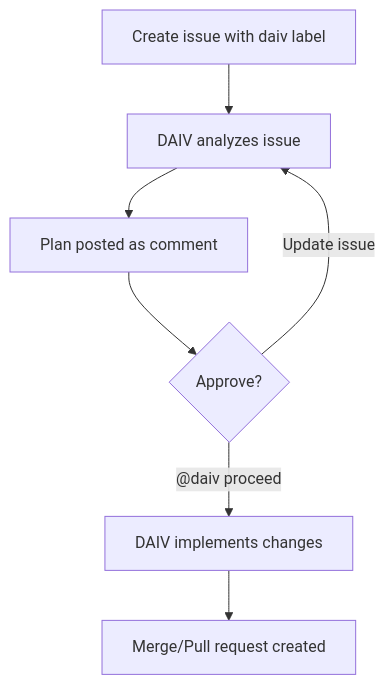
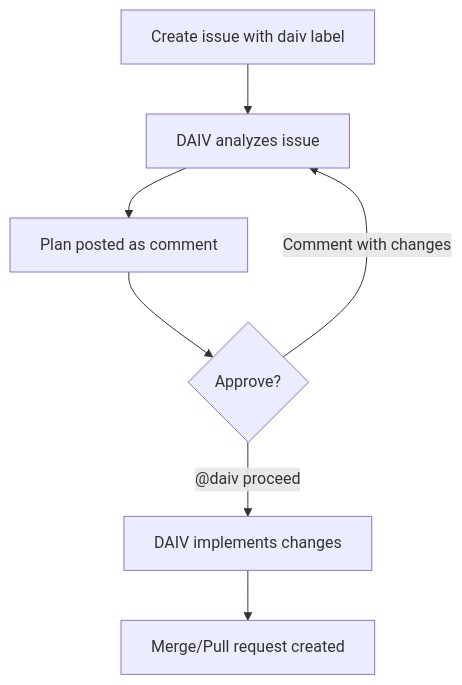
Before and after one commit to srtab/daiv: the diagram in docs/features/issue-addressing.md, drawn with Mermaid. The commit also changed other lines of this file and 5 other files, not shown here.

````diff
--- a/docs/features/issue-addressing.md
+++ b/docs/features/issue-addressing.md
@@ -17,9 +17,9 @@
 ```mermaid
 graph TD
     A["Create issue with daiv label"] --> B["DAIV analyzes issue"]
     B --> C["Plan posted as comment"]
     C --> D{"Approve?"}
     D -- "@daiv proceed" --> E["DAIV implements changes"]
-    D -- "Update issue" --> B
+    D -- "Comment with changes" --> B
     E --> F["Merge/Pull request created"]
 ```
````
